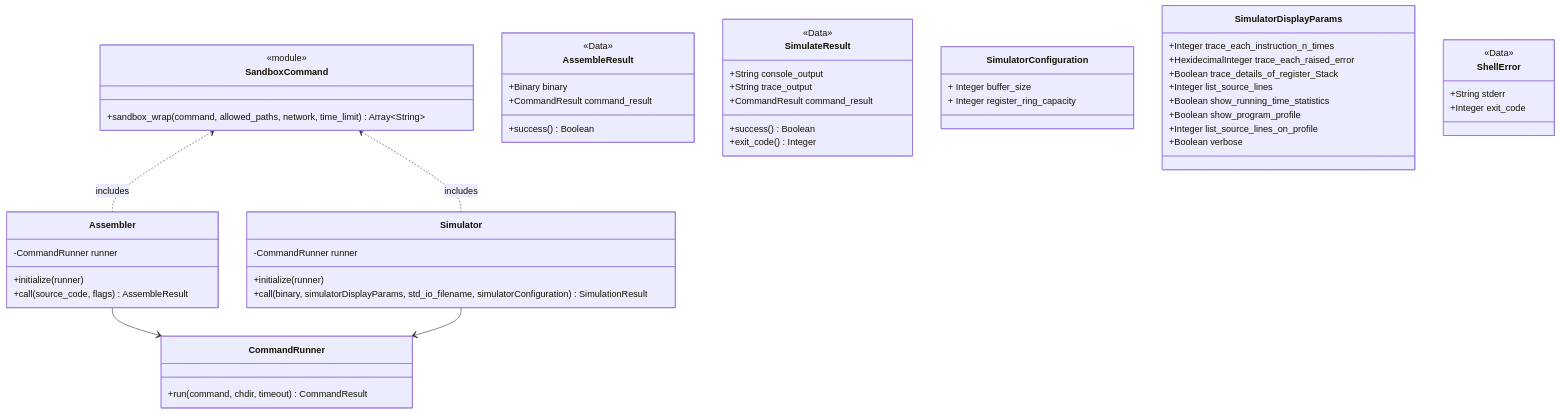
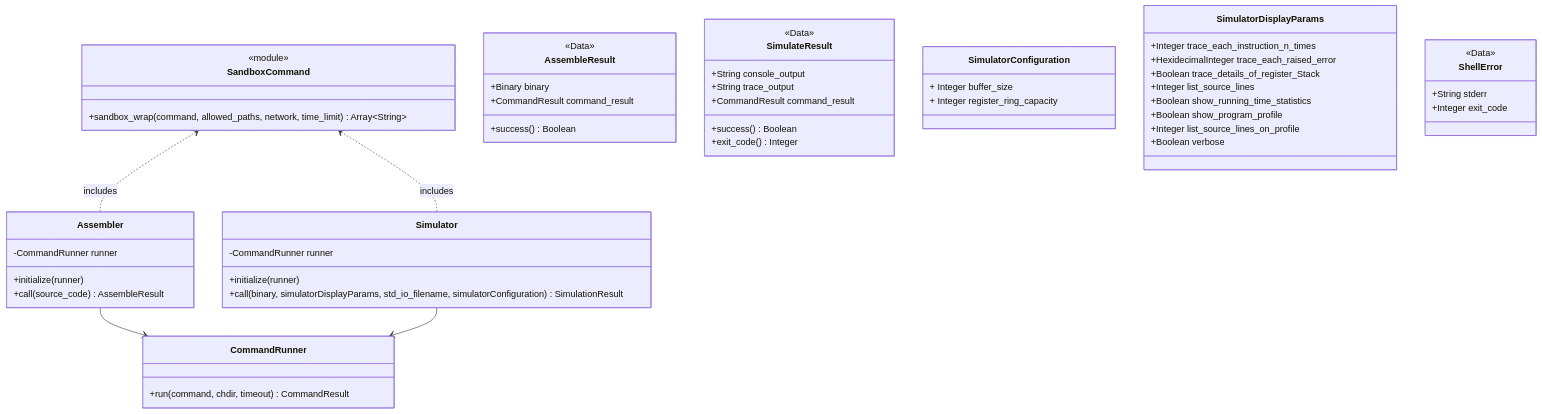
The first of 5 diagrams in docs/service_architecture.md (Wirt4/mmix-simulator), drawn with Mermaid before and after one commit.

Commit message:
remove unnecessary argument

````diff
--- a/docs/service_architecture.md
+++ b/docs/service_architecture.md
@@ -13,67 +13,67 @@
 ```mermaid
 classDiagram
 direction TB
     class SandboxCommand {
 	    +sandbox_wrap(command, allowed_paths, network, time_limit) Array~String~
     }
 
     class AssembleResult {
 	    +Binary binary
 	    +CommandResult command_result
 	    +success() Boolean
     }
 
     class SimulateResult {
 	    +String console_output
 	    +String trace_output
 	    +CommandResult command_result
 	    +success() Boolean
 	    +exit_code() Integer
     }
 
     class CommandRunner {
 	    +run(command, chdir, timeout) CommandResult
     }
 
     class Assembler {
 	    -CommandRunner runner
 	    +initialize(runner)
-	    +call(source_code, flags) AssembleResult
+	    +call(source_code) AssembleResult
     }
 
     class Simulator {
 	    -CommandRunner runner
 	    +initialize(runner)
 	    +call(binary, simulatorDisplayParams, std_io_filename, simulatorConfiguration) SimulationResult
     }
     
     class SimulatorConfiguration {
 	+ Integer buffer_size
         + Integer register_ring_capacity
 }
     class SimulatorDisplayParams {
 	+Integer trace_each_instruction_n_times
         +HexidecimalInteger trace_each_raised_error
         +Boolean trace_details_of_register_Stack
 	+Integer list_source_lines
         +Boolean show_running_time_statistics
 	+Boolean show_program_profile
         +Integer list_source_lines_on_profile
         +Boolean verbose
     }
    
     class ShellError {
 	    +String stderr
 	    +Integer exit_code
     }
 
 	<<Data>>   ShellError
 	<<module>> SandboxCommand
 	<<Data>> AssembleResult
 	<<Data>> SimulateResult
 
     Assembler --> CommandRunner
     Simulator --> CommandRunner
     SandboxCommand <.. Assembler : includes
     SandboxCommand <.. Simulator : includes
 ```
````
